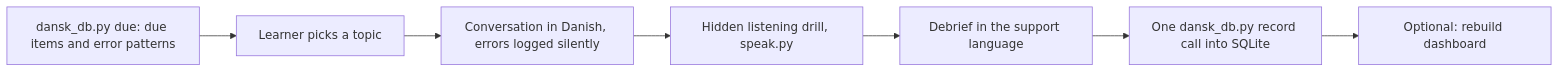
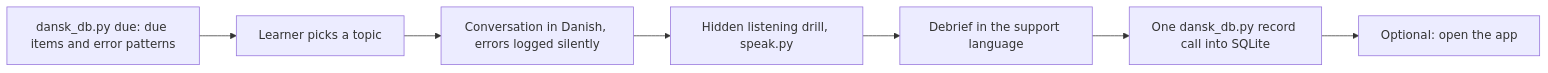
The diagram in README.md (batutho-dot/danish-tutor), drawn with Mermaid before and after one commit. The commit also changed other lines of this file and 43 other files, not shown here.

````diff
--- a/README.md
+++ b/README.md
@@ -57,9 +41,9 @@
 ```mermaid
 flowchart LR
   A[dansk_db.py due: due items and error patterns] --> B[Learner picks a topic]
   B --> C[Conversation in Danish, errors logged silently]
   C --> D[Hidden listening drill, speak.py]
   D --> E[Debrief in the support language]
   E --> F[One dansk_db.py record call into SQLite]
-  F --> G[Optional: rebuild dashboard]
+  F --> G[Optional: open the app]
 ```
````
